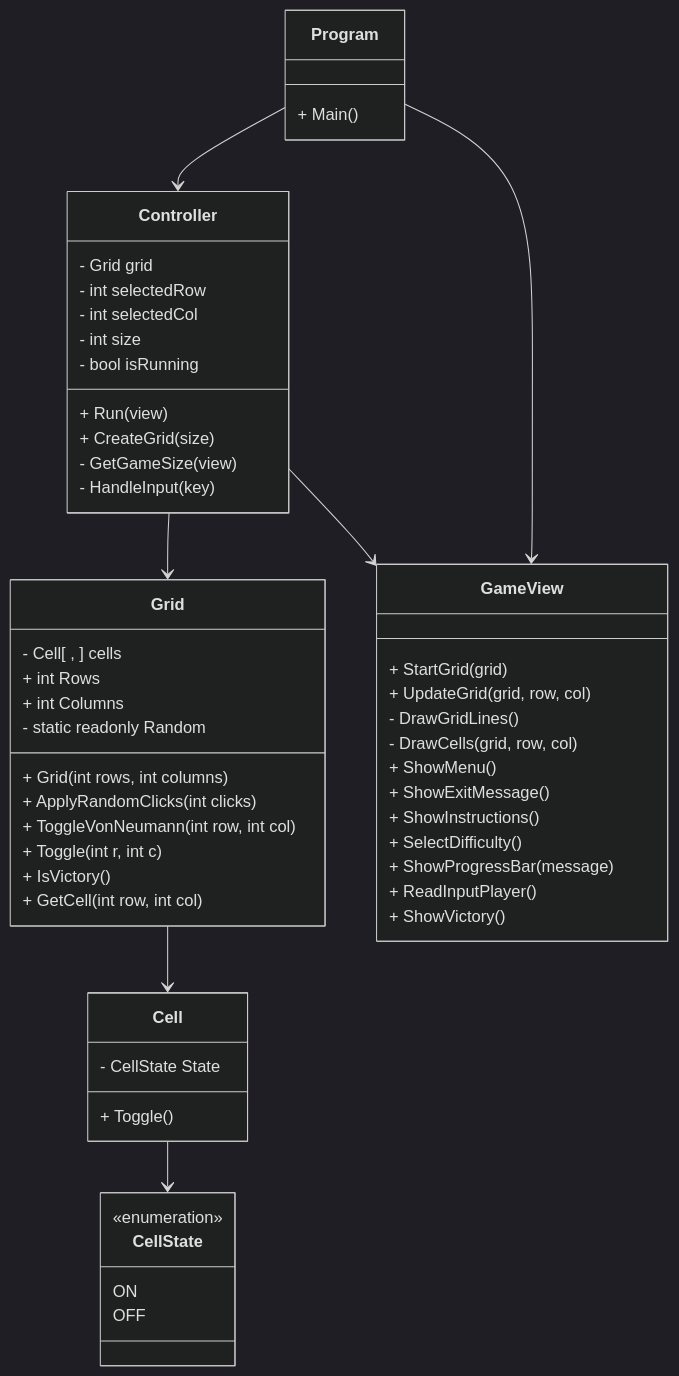
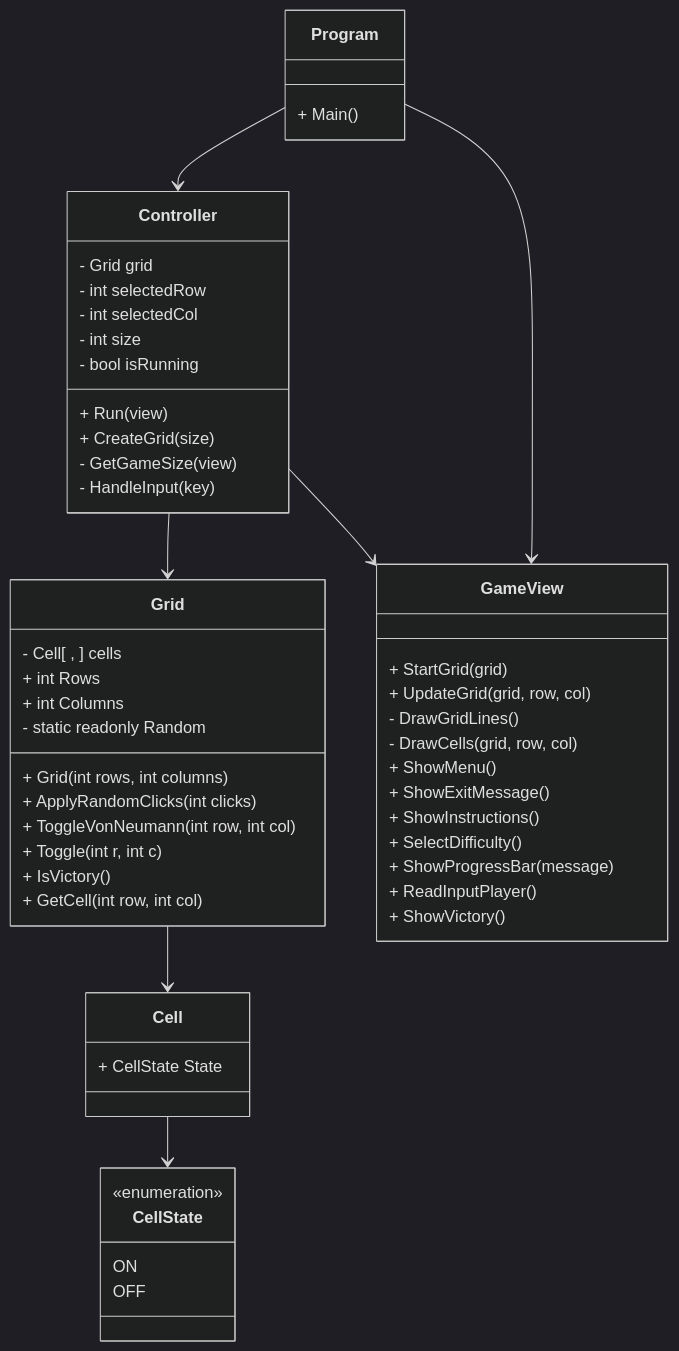
The diagram in README.md (Miguel4Rodrigues/blackout-lc-a22208721), drawn with Mermaid (dark theme) before and after one commit.

Commit message:
Fix README (UML)

````diff
--- a/README.md
+++ b/README.md
@@ -182,64 +182,63 @@
 ```mermaid
 classDiagram
 
 class Grid {
   - Cell[ , ] cells
   + int Rows
   + int Columns
   - static readonly Random
   + Grid(int rows, int columns)
   + ApplyRandomClicks(int clicks)
   + ToggleVonNeumann(int row, int col)
   + Toggle(int r, int c)
   + IsVictory()
   + GetCell(int row, int col)
 }
 
 class Cell {
-  - CellState State
-  + Toggle()
+  + CellState State
 }
 
 class GameView {
   + StartGrid(grid)
   + UpdateGrid(grid, row, col)
   - DrawGridLines()
   - DrawCells(grid, row, col)
   + ShowMenu()
   + ShowExitMessage()
   + ShowInstructions()
   + SelectDifficulty()
   + ShowProgressBar(message)
   + ReadInputPlayer()
   + ShowVictory()
 }
 
 class Controller {
   - Grid grid
   - int selectedRow
   - int selectedCol
   - int size
   - bool isRunning
   + Run(view)
   + CreateGrid(size)
   - GetGameSize(view)
   - HandleInput(key)
 }
 
 class CellState {
   <<enumeration>>
   ON
   OFF
 }
 
 class Program {
   + Main()
 }
 
 Program --> Controller
 Program --> GameView
 Controller --> Grid
 Grid --> Cell
 Cell --> CellState
 Controller --> GameView
 ```
````
